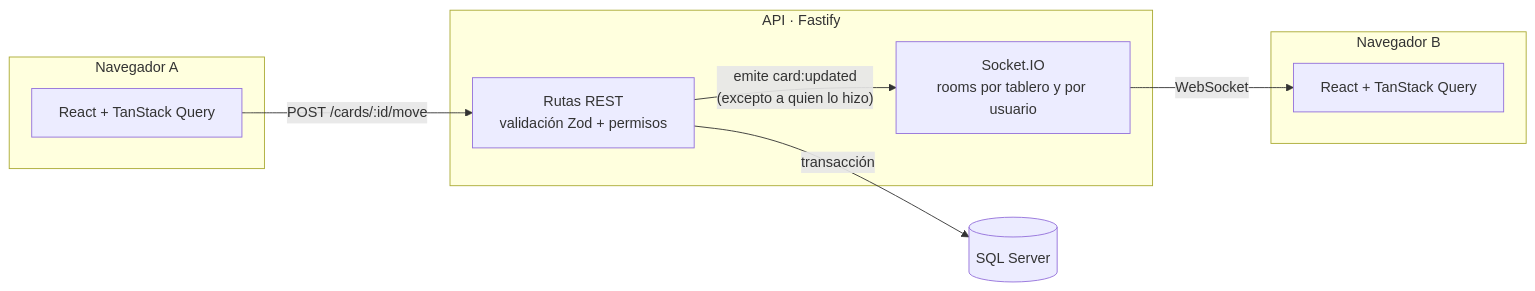
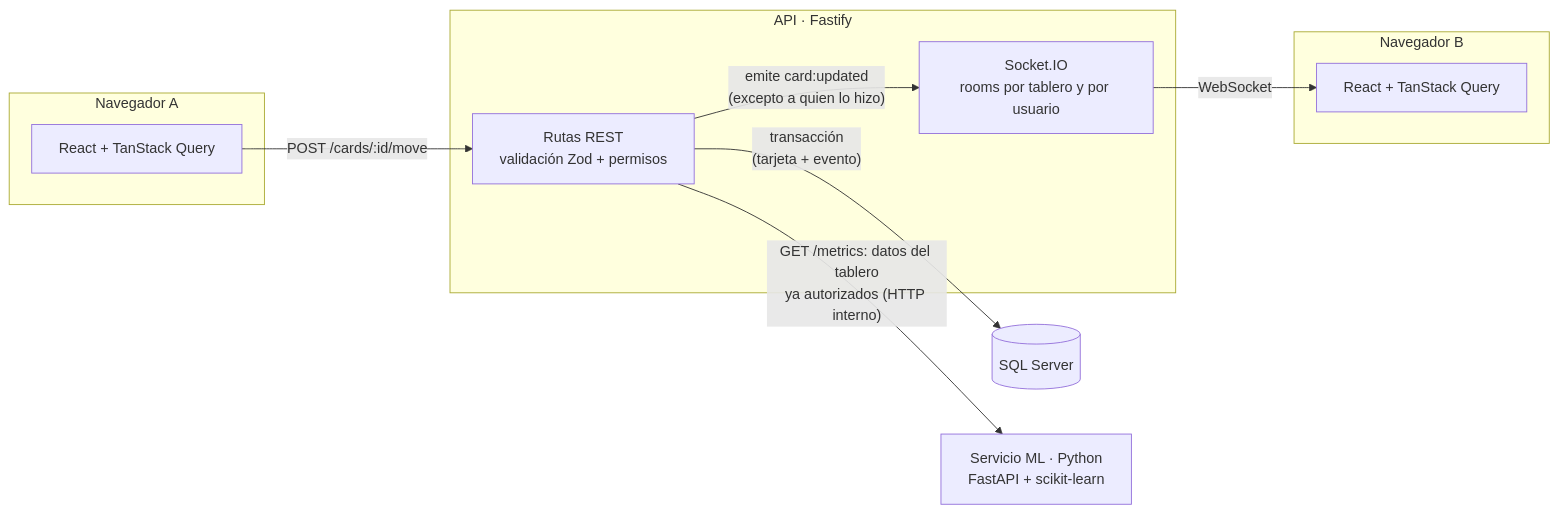
Before and after one commit to newbothi/kanban-tiempo-real: the first of 2 diagrams in README.md, drawn with Mermaid. The commit also changed other lines of this file and 59 other files, not shown here.

Commit message:
Servicio de análisis con ML en Python

````diff
--- a/README.md
+++ b/README.md
@@ -44,19 +46,21 @@
 ```mermaid
 flowchart LR
   subgraph Navegador A
     UA[React + TanStack Query]
   end
   subgraph Navegador B
     UB[React + TanStack Query]
   end
   subgraph API [API · Fastify]
     REST[Rutas REST<br/>validación Zod + permisos]
     WS[Socket.IO<br/>rooms por tablero y por usuario]
   end
   DB[(SQL Server)]
+  ML[Servicio ML · Python<br/>FastAPI + scikit-learn]
 
   UA -- "POST /cards/:id/move" --> REST
-  REST -- transacción --> DB
+  REST -- "transacción<br/>(tarjeta + evento)" --> DB
   REST -- "emite card:updated<br/>(excepto a quien lo hizo)" --> WS
   WS -- WebSocket --> UB
+  REST -- "GET /metrics: datos del tablero<br/>ya autorizados (HTTP interno)" --> ML
 ```
````
